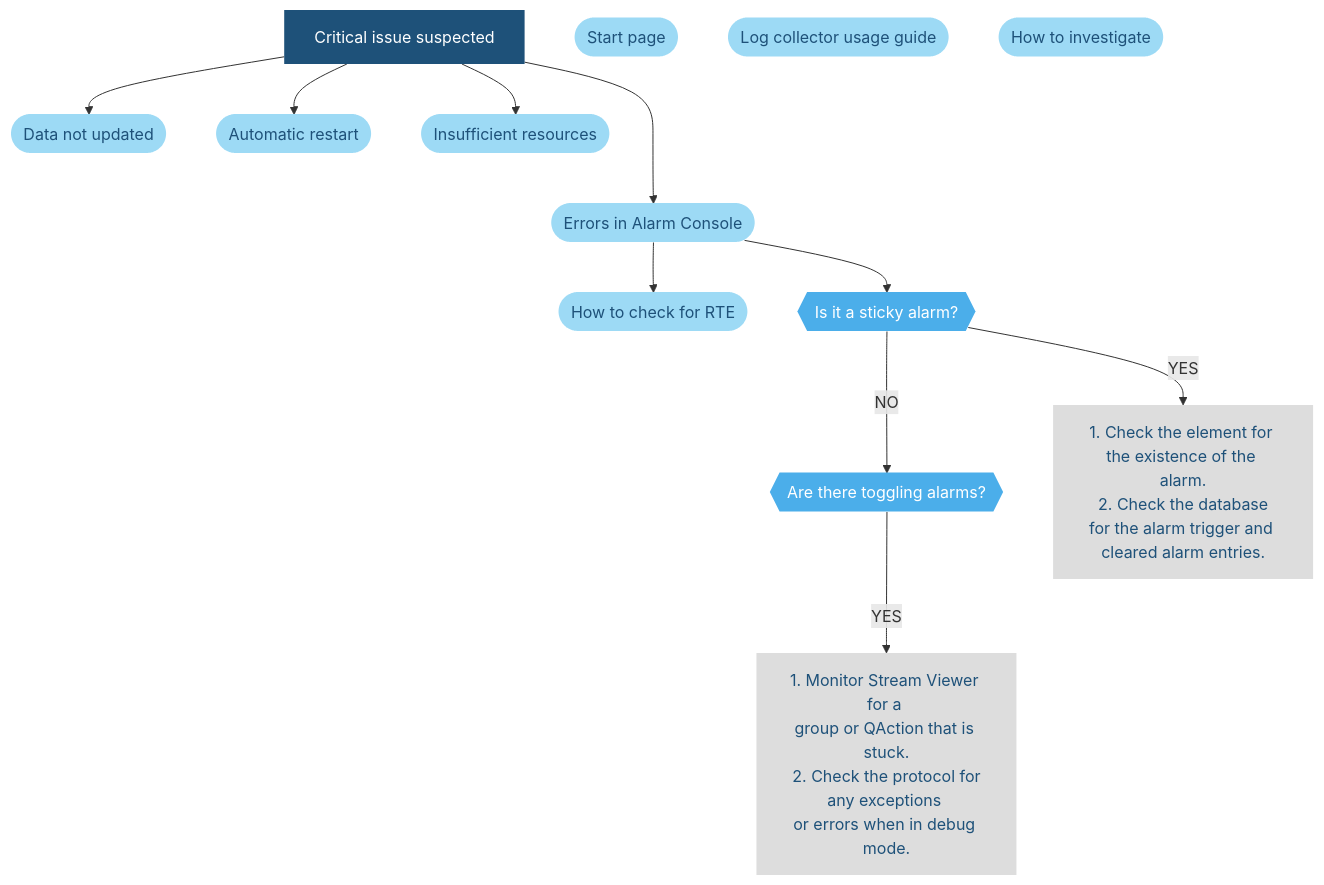
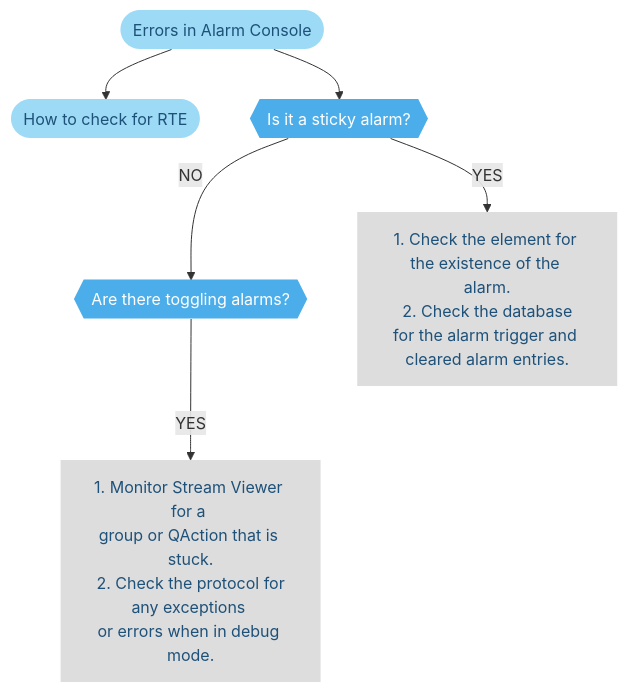
Before and after one commit to SkylineCommunications/dataminer-docs: the second of 2 diagrams in user-guide/Troubleshooting/Troubleshooting_Flowcharts/Troubleshooting_Critical_Issues/Troubleshooting_Critical_Issues_Alarm_Console.md, drawn with Mermaid. The commit also changed other lines of this file and 4 other files, not shown here.

Commit message:
Critical issues - Alarm Console

```diff
--- a/user-guide/Troubleshooting/Troubleshooting_Flowcharts/Troubleshooting_Critical_Issues/Troubleshooting_Critical_Issues_Alarm_Console.md
+++ b/user-guide/Troubleshooting/Troubleshooting_Flowcharts/Troubleshooting_Critical_Issues/Troubleshooting_Critical_Issues_Alarm_Console.md
@@ -11,50 +54,31 @@
 <div class="mermaid">
 graph TD
 %% Define styles %%
 classDef LightBlue fill:#9DDAF5,stroke:#000070,stroke-width:0px, color:#1E5179;
 classDef Blue fill:#4BAEEA,stroke:#000070,stroke-width:0px, color:#FFFFFF;
 classDef DarkBlue fill:#1E5179,stroke:#000070,stroke-width:0px, color:#FFFFFF;
 classDef DarkGray fill:#58595B,stroke:#000070,stroke-width:0px, color:#FFFFFF;
 classDef Gray fill:#999999,stroke:#000070,stroke-width:0px, color:#FFFFFF;
 classDef LightGray fill:#DDDDDD,stroke:#000070,stroke-width:0px, color:#1E5179;
 %% Define blocks %%
-Start[Critical issue suspected]
-Home([Start page])
-SLLogCollector([Log collector usage guide])
-Investigation([How to investigate])
-DataNotUpdated([Data not updated])
-Automaticrestart([Automatic restart])
 ErrorAlarmConsole([Errors in Alarm Console])
-MachineoutofResources([Insufficient resources])
 RTE([How to check for RTE])
 Sticky{{"Is it a sticky alarm? <br/> "}}
 Toggling{{"Are there toggling alarms? <br/> "}}
 StickyYes["1. Check the element for the existence of the alarm.<br/> 2. Check the database for the alarm trigger and <br/>cleared alarm entries.<br/> "]
 TogglingYes["1. Monitor Stream Viewer for a <br/>group or QAction that is stuck.<br/> 2. Check the protocol for any exceptions <br/>or errors when in debug mode.<br/> "]
 %% Connect blocks %%
-Start ---> ErrorAlarmConsole
-Start --> Automaticrestart
-Start --> DataNotUpdated
-Start --> MachineoutofResources
 ErrorAlarmConsole --> Sticky
 ErrorAlarmConsole --> RTE
 Sticky --> |YES| StickyYes
 Sticky --> |NO| Toggling
 Toggling --> |YES| TogglingYes
 %% Define hyperlinks %%
-click Home "https://community.dataminer.services/troubleshooting-finding-a-root-cause/"
-click SLLogCollector "https://docs.dataminer.services/user-guide/Reference/DataMiner_Tools/SLLogCollector.html"
-click Investigation "https://community.dataminer.services/documentation/troubleshooting-where-to-start/"
-click DataNotUpdated "https://community.dataminer.services/troubleshooting-critical-issues-data-not-updated/" "Data Not Updated"
-click Automaticrestart "https://community.dataminer.services/troubleshooting-critical-issues-automatic-restart/" "Automatic Restart"
-click ErrorAlarmConsole "https://community.dataminer.services/troubleshooting-critical-issues-alarm-console/" "Errors In Alarm Console"
-click Start "https://community.dataminer.services/troubleshooting-critical-issues-overview/" "Critical issue suspected"
-click MachineoutofResources "https://community.dataminer.services/troubleshooting-critical-issues-resources/" "Machine Out Of Resources"
-click RTE "https://community.dataminer.services/troubleshooting-run-time-errors-rtes/" "How to check for RTE"
-%% Apply styles to blocks %% 
-class Start DarkBlue; 
-class Automaticrestart,DataNotUpdated,MachineoutofResources,ErrorAlarmConsole,RTE LightBlue; 
+click RTE "https://docs.dataminer.services/Troubleshooting/Troubleshooting_Flowcharts/Troubleshooting_Identify_Per_Module/Alarm_Console/Troubleshooting_Run_Time_Errors.html" "How to check for RTE"
+%% Apply styles to blocks %%
+class Start DarkBlue;
+class Automaticrestart,DataNotUpdated,MachineoutofResources,ErrorAlarmConsole,RTE LightBlue;
 class StickyYes,TogglingYes LightGray;
 class Sticky,Toggling Blue;
 class Home,SLLogCollector,Investigation LightBlue;
 </div>
```
